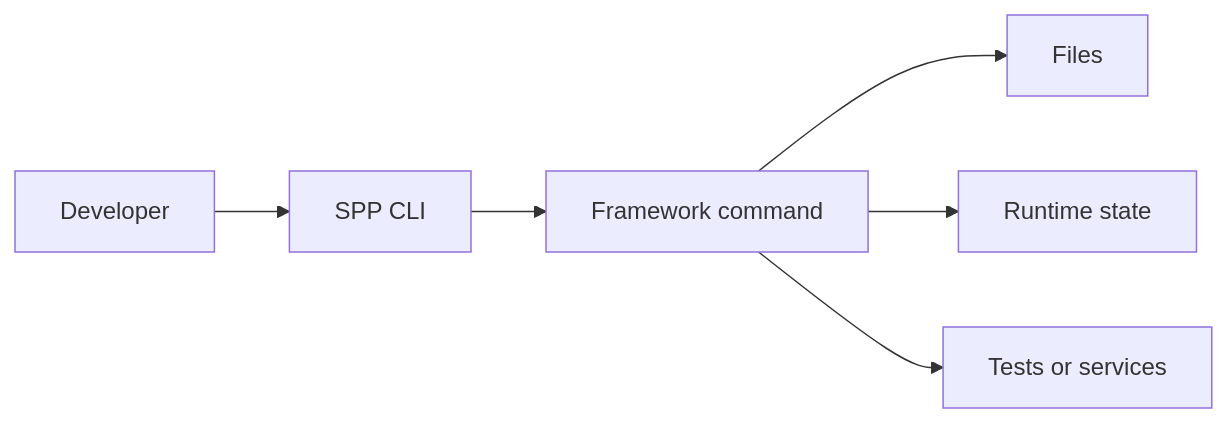
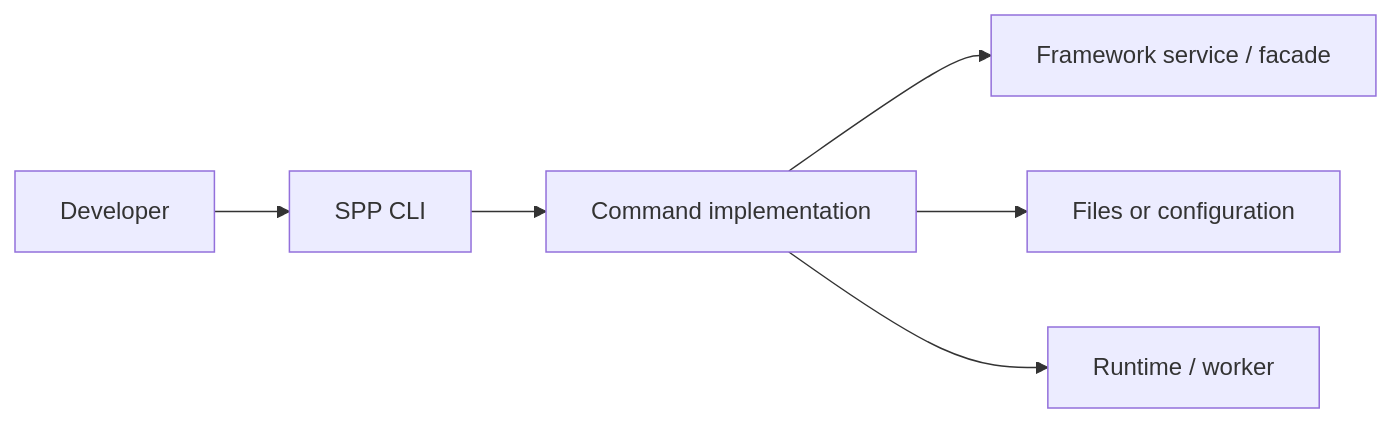
The first of 4 diagrams in documentation/handbook/19-cli-and-developer-tooling.md (shuklasp/spp), drawn with Mermaid before and after one commit. The commit also changed other lines of this file, not shown here.

Commit message:
docs: clarify CLI versus service architecture

````diff
--- a/documentation/handbook/19-cli-and-developer-tooling.md
+++ b/documentation/handbook/19-cli-and-developer-tooling.md
@@ -31,8 +19,8 @@
 ```mermaid
 flowchart LR
     A[Developer] --> B[SPP CLI]
-    B --> C[Framework command]
-    C --> D[Files]
-    C --> E[Runtime state]
-    C --> F[Tests or services]
+    B --> C[Command implementation]
+    C --> D[Framework service / facade]
+    C --> E[Files or configuration]
+    C --> F[Runtime / worker]
 ```
````
